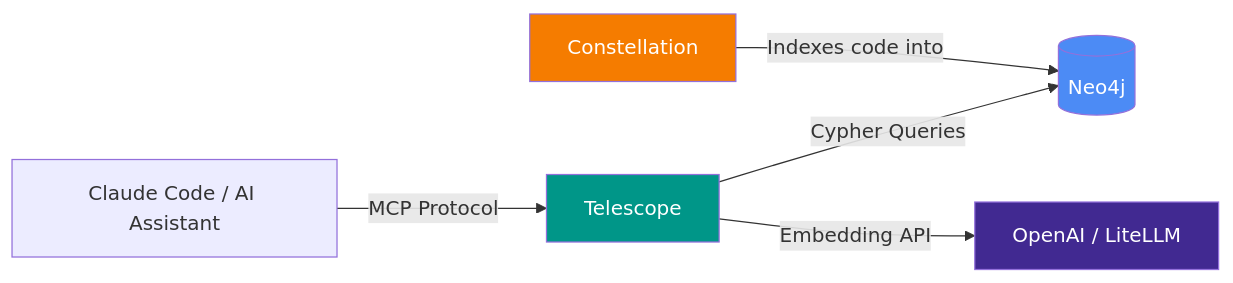
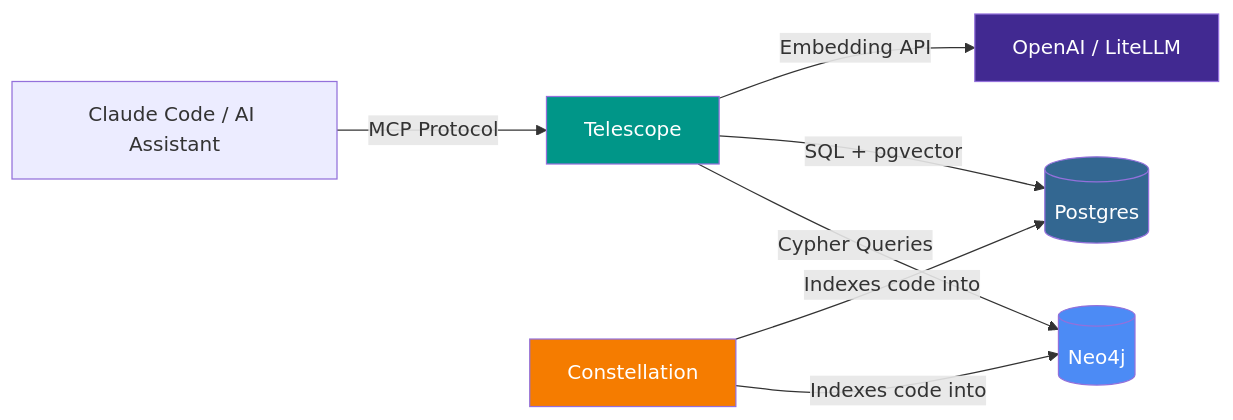
Before and after one commit to sriramdingari/telescope: the diagram in README.md, drawn with Mermaid. The commit also changed other lines of this file, not shown here.

First line of the commit message:
docs: add Postgres backend + contract suite documentation

````diff
--- a/README.md
+++ b/README.md
@@ -9,12 +9,15 @@
 ```mermaid
 graph LR
     A[Claude Code / AI Assistant] -->|MCP Protocol| B[Telescope]
     B -->|Cypher Queries| C[(Neo4j)]
+    B -->|SQL + pgvector| F[(Postgres)]
     B -->|Embedding API| D[OpenAI / LiteLLM]
     E[Constellation] -->|Indexes code into| C
+    E -->|Indexes code into| F
 
     style B fill:#009688,color:#fff
     style C fill:#4C8BF5,color:#fff
+    style F fill:#336791,color:#fff
     style D fill:#412991,color:#fff
     style E fill:#F57C00,color:#fff
 ```
````
